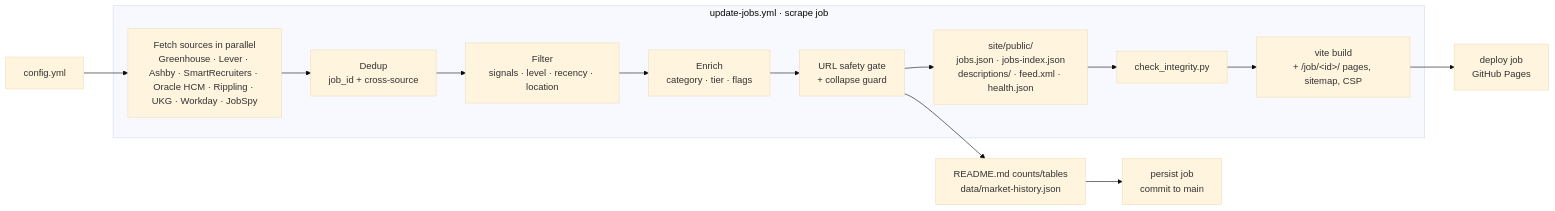
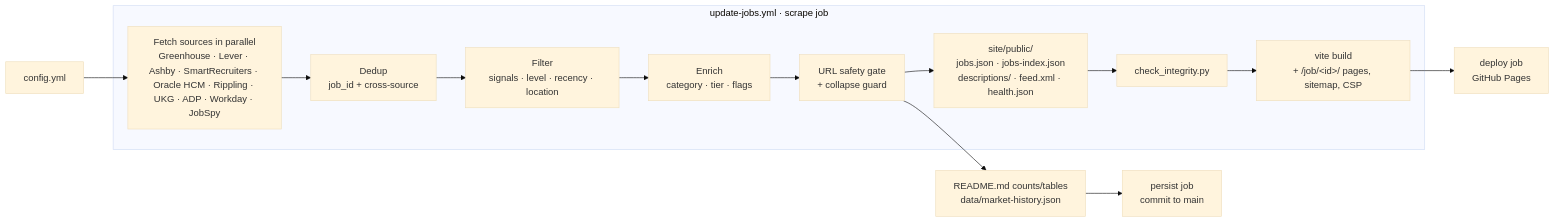
The diagram in docs/architecture.md (ambicuity/New-Grad-Jobs), drawn with Mermaid (base theme) before and after one commit. The commit also changed other lines of this file and 24 other files, not shown here.

First line of the commit message:
feat(sources): add an ADP Workforce Now source with 3 verified career centers (#403)

````diff
--- a/docs/architecture.md
+++ b/docs/architecture.md
@@ -9,16 +9,16 @@
 ```mermaid
 flowchart LR
     cfg[config.yml] --> fetch
     subgraph scrape["update-jobs.yml · scrape job"]
-        fetch["Fetch sources in parallel<br/>Greenhouse · Lever · Ashby · SmartRecruiters · Oracle HCM · Rippling · UKG · Workday · JobSpy"] --> dedup[Dedup<br/>job_id + cross-source]
+        fetch["Fetch sources in parallel<br/>Greenhouse · Lever · Ashby · SmartRecruiters · Oracle HCM · Rippling · UKG · ADP · Workday · JobSpy"] --> dedup[Dedup<br/>job_id + cross-source]
         dedup --> filter[Filter<br/>signals · level · recency · location]
         filter --> enrich[Enrich<br/>category · tier · flags]
         enrich --> gate[URL safety gate<br/>+ collapse guard]
         gate --> out["site/public/<br/>jobs.json · jobs-index.json<br/>descriptions/ · feed.xml · health.json"]
         out --> check[check_integrity.py]
         check --> build["vite build<br/>+ /job/&lt;id&gt;/ pages, sitemap, CSP"]
     end
     build --> deploy[deploy job<br/>GitHub Pages]
     gate --> state[README.md counts/tables<br/>data/market-history.json]
     state --> persist[persist job<br/>commit to main]
 ```
````
